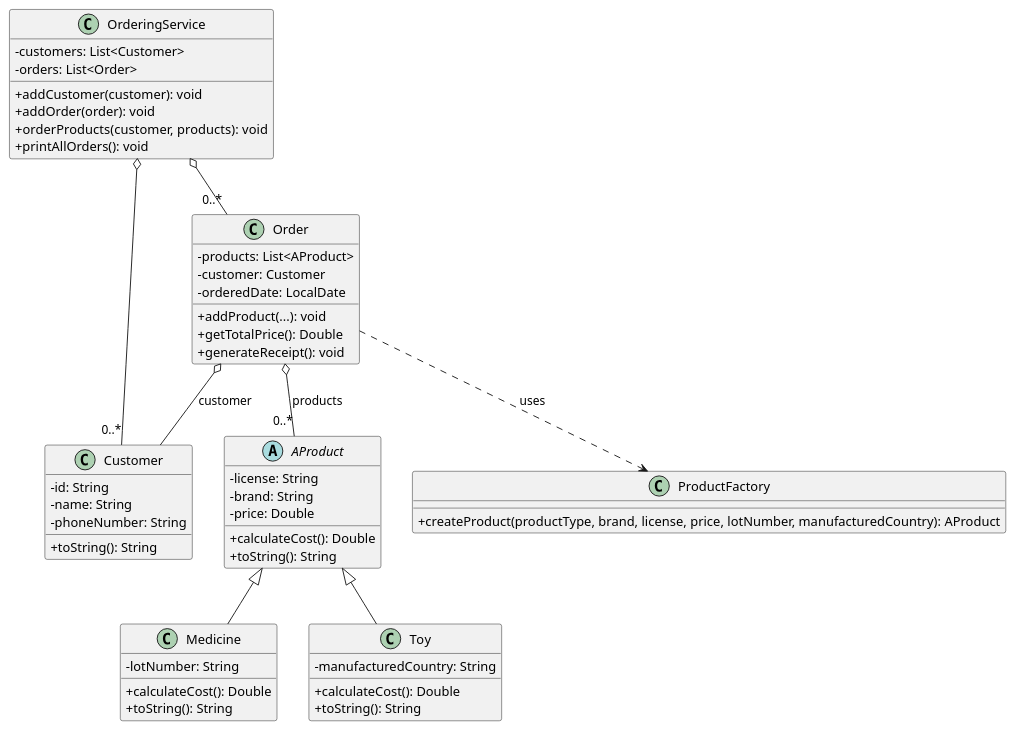
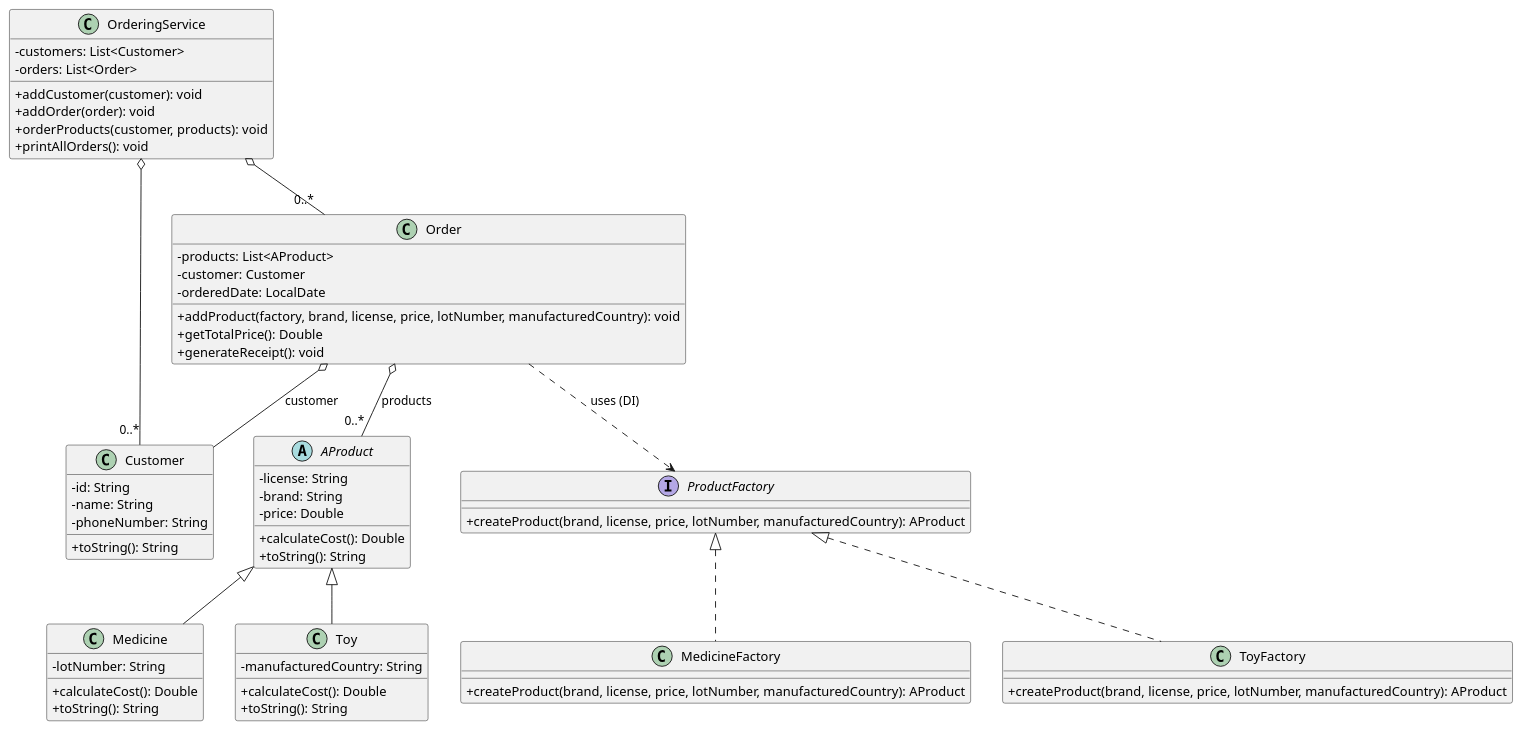
The diagram in uml/section1.puml (Tanduy311/project203), drawn with PlantUML before and after one commit. The commit also changed 10 other files, not shown here.

```diff
--- a/uml/section1.puml
+++ b/uml/section1.puml
@@ -1,60 +1,70 @@
 @startuml
 skinparam classAttributeIconSize 0
 
 abstract class AProduct {
   -license: String
   -brand: String
   -price: Double
   +calculateCost(): Double
   +toString(): String
 }
 
 class Medicine {
   -lotNumber: String
   +calculateCost(): Double
   +toString(): String
 }
 
 class Toy {
   -manufacturedCountry: String
   +calculateCost(): Double
   +toString(): String
 }
 
 class Customer {
   -id: String
   -name: String
   -phoneNumber: String
   +toString(): String
 }
 
-class ProductFactory {
-  +createProduct(productType, brand, license, price, lotNumber, manufacturedCountry): AProduct
+interface ProductFactory {
+  +createProduct(brand, license, price, lotNumber, manufacturedCountry): AProduct
+}
+
+class MedicineFactory {
+  +createProduct(brand, license, price, lotNumber, manufacturedCountry): AProduct
+}
+
+class ToyFactory {
+  +createProduct(brand, license, price, lotNumber, manufacturedCountry): AProduct
 }
 
 class Order {
   -products: List<AProduct>
   -customer: Customer
   -orderedDate: LocalDate
-  +addProduct(...): void
+  +addProduct(factory, brand, license, price, lotNumber, manufacturedCountry): void
   +getTotalPrice(): Double
   +generateReceipt(): void
 }
 
 class OrderingService {
   -customers: List<Customer>
   -orders: List<Order>
   +addCustomer(customer): void
   +addOrder(order): void
   +orderProducts(customer, products): void
   +printAllOrders(): void
 }
 
 AProduct <|-- Medicine
 AProduct <|-- Toy
 Order o-- Customer : customer
 Order o-- "0..*" AProduct : products
-Order ..> ProductFactory : uses
+ProductFactory <|.. MedicineFactory
+ProductFactory <|.. ToyFactory
+Order ..> ProductFactory : uses (DI)
 OrderingService o-- "0..*" Customer
 OrderingService o-- "0..*" Order
 @enduml
```
